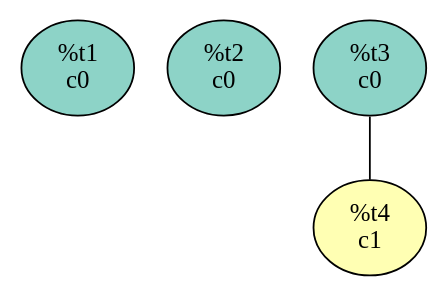
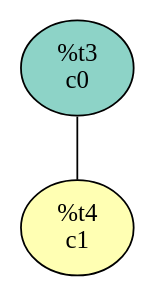
The diagram in HW04_ir_opt/examples/test.demo.conflicts.dot (KorsunDaria/TVDSL), drawn with Graphviz before and after one commit. The commit also changed 7 other files, not shown here.

```diff
--- a/HW04_ir_opt/examples/test.demo.conflicts.dot
+++ b/HW04_ir_opt/examples/test.demo.conflicts.dot
@@ -1,8 +1,6 @@
 graph "demo" {
   node [style=filled, colorscheme=set312];
-  "%t1" [label="%t1\nc0", fillcolor=1];
-  "%t2" [label="%t2\nc0", fillcolor=1];
   "%t3" [label="%t3\nc0", fillcolor=1];
   "%t4" [label="%t4\nc1", fillcolor=2];
   "%t3" -- "%t4";
 }
```
